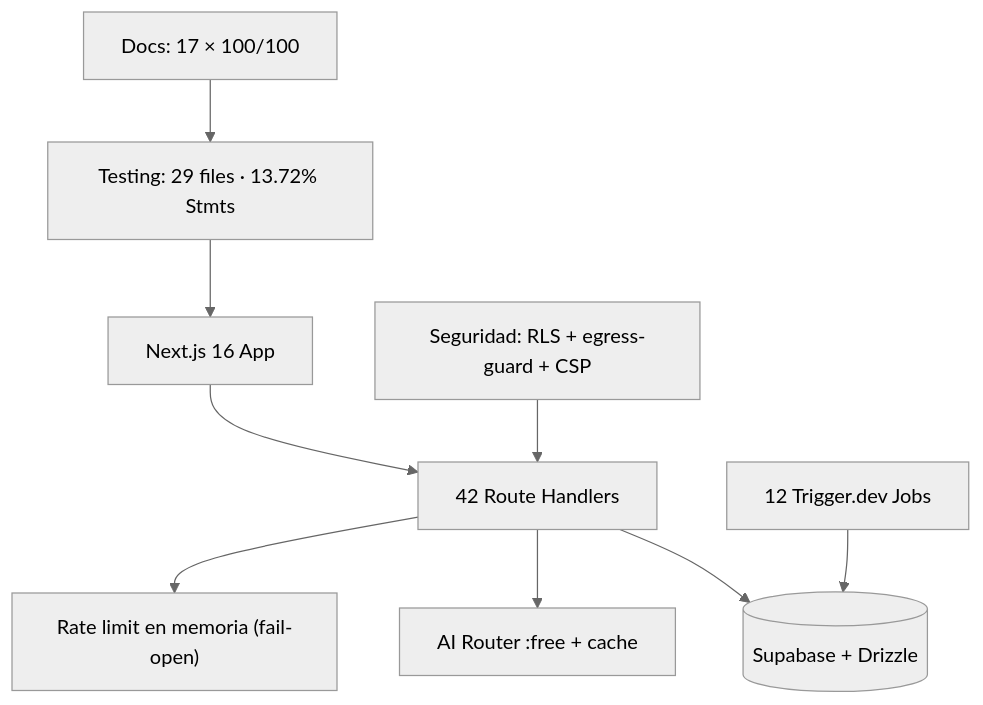
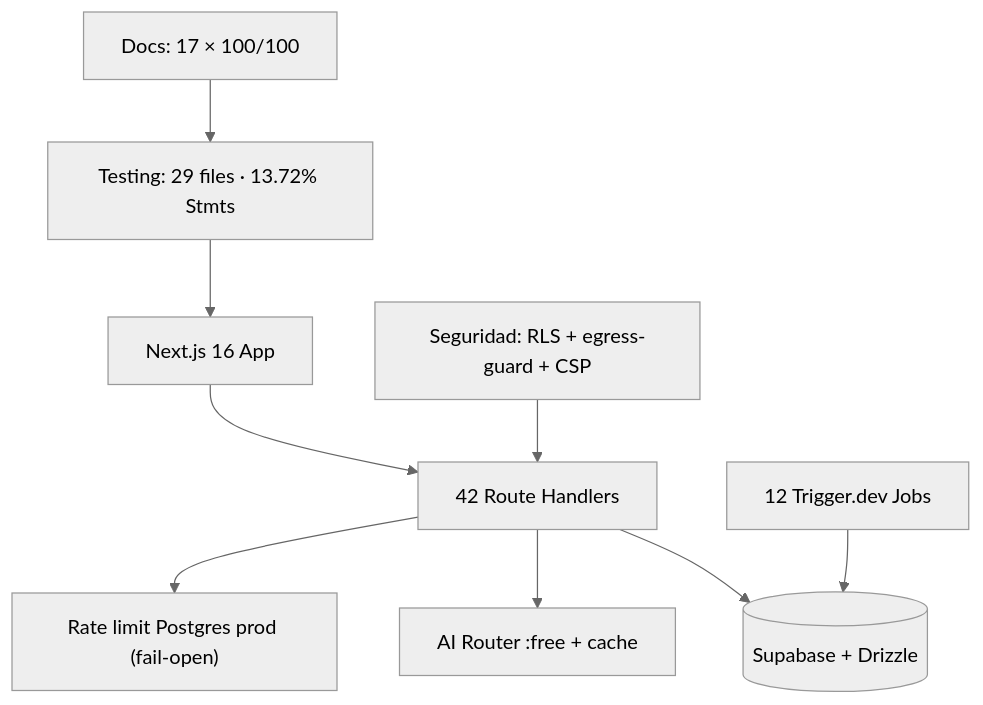
The first of 2 diagrams in docs/improvements/FINAL-REPORT.md (StrategicConnex/StrategicConnexAudit), drawn with Mermaid (neutral theme) before and after one commit. The commit also changed 11 other files, not shown here.

First line of the commit message:
docs: parity del rate limit (Postgres prod) en docs que aún decían 'in-memory'

````diff
--- a/docs/improvements/FINAL-REPORT.md
+++ b/docs/improvements/FINAL-REPORT.md
@@ -335,11 +335,11 @@
 ```mermaid
 flowchart TB
     APP["Next.js 16 App"] --> API["42 Route Handlers"]
     API --> DB[(Supabase + Drizzle)]
     API --> IA["AI Router :free + cache"]
-    API --> RL["Rate limit en memoria (fail-open)"]
+    API --> RL["Rate limit Postgres prod (fail-open)"]
     TR["12 Trigger.dev Jobs"] --> DB
     SEC["Seguridad: RLS + egress-guard + CSP"] --> API
     TST["Testing: 29 files · 13.72% Stmts"] --> APP
     DOC["Docs: 17 × 100/100"] --> TST
 ```
````
